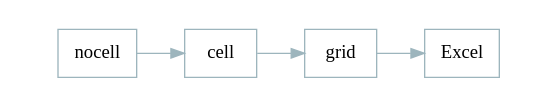
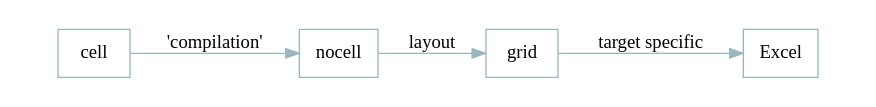
The diagram in images/graphviz/languages.dot (triangle-man/intro-to-cellular-talk), drawn with Graphviz before and after one commit. The commit also changed 7 other files, not shown here.

```diff
--- a/images/graphviz/languages.dot
+++ b/images/graphviz/languages.dot
@@ -1,13 +1,15 @@
 digraph languages {
 
 graph [rankdir = "LR";
        pad = "0.5,0.2";
        ];
 
        edge [color = "#9db5bd"];
        node [shape = box;
 	     color = "#9db5bd"];
        
-       nocell -> cell -> grid -> Excel;
+	     cell -> nocell [label = "'compilation'"];
+	     nocell -> grid [label = "layout"];
+	     grid -> Excel [label = "target specific"];
 
 }
```
